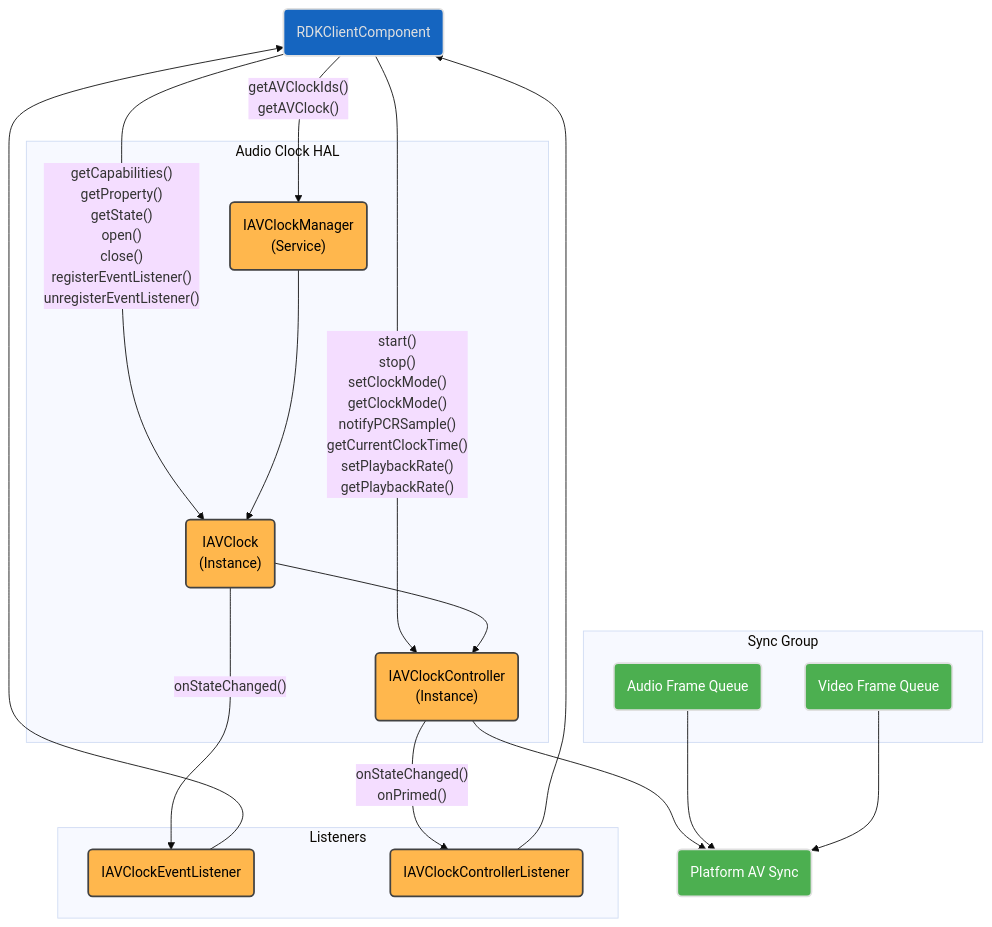
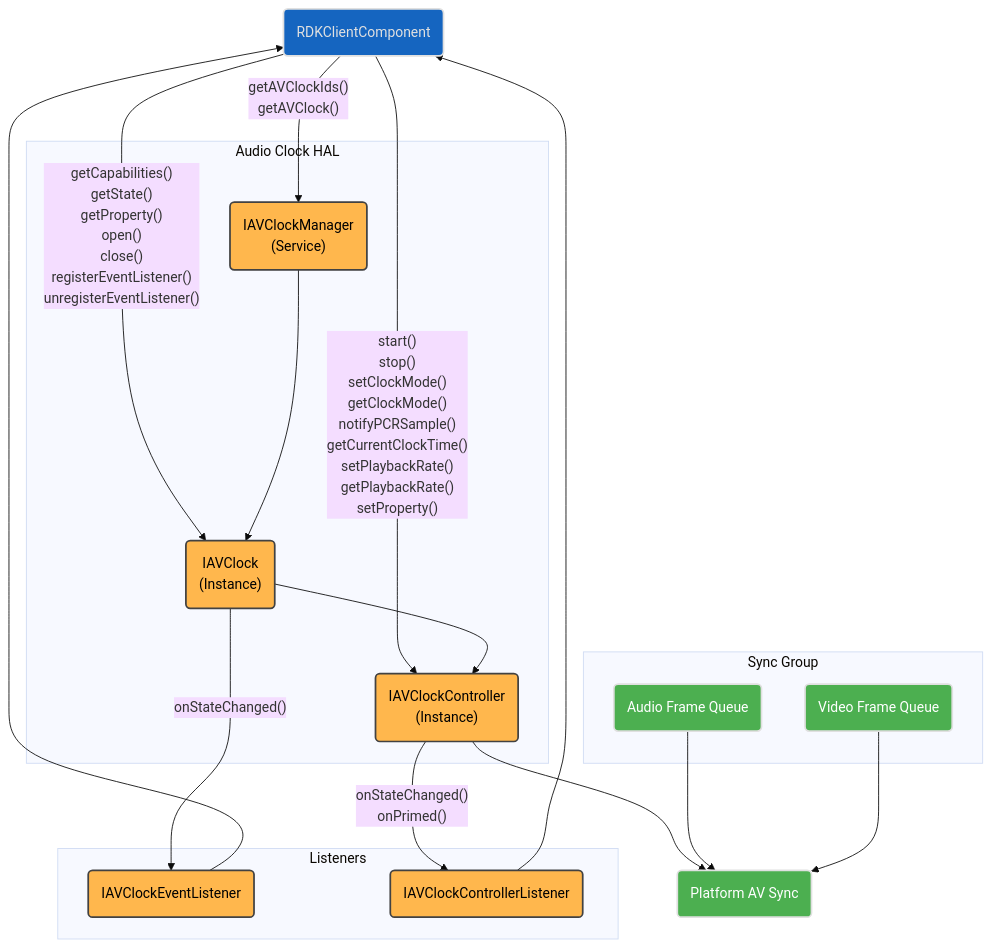
The first of 7 diagrams in avclock/current/docs/av_clock.md (rdkcentral/rdk-halif-aidl), drawn with Mermaid (base theme) before and after one commit. The commit also changed other lines of this file and 11 other files, not shown here.

First line of the commit message:
feat(avclock)!: move setProperty to IAVClockController (#503) (#524)

````diff
--- a/avclock/current/docs/av_clock.md
+++ b/avclock/current/docs/av_clock.md
@@ -104,47 +111,47 @@
 ```mermaid
 flowchart TD
     RDKClientComponent("RDKClientComponent")
     subgraph Listeners["Listeners"]
         IAVClockEventListener("IAVClockEventListener")
         IAVClockControllerListener("IAVClockControllerListener")
     end
     subgraph IAVClockHAL["Audio Clock HAL"]
         IAVClockManager("IAVClockManager <br>(Service)")
         IAVClock("IAVClock <br>(Instance)")
         IAVClockController("IAVClockController <br>(Instance)")
     end
     subgraph SyncGroup["Sync Group"]
         AudioFrameQueue("Audio Frame Queue")
         VideoFrameQueue("Video Frame Queue")
     end
       platformAVSync("Platform AV Sync")
     RDKClientComponent -- getAVClockIds() <br> getAVClock() --> IAVClockManager
-    RDKClientComponent -- getCapabilities() <br> getProperty() <br> getState() <br> open() <br> close() <br> registerEventListener() <br> unregisterEventListener() --> IAVClock
-    RDKClientComponent -- start() <br> stop() <br> setClockMode() <br> getClockMode() <br> notifyPCRSample() <br> getCurrentClockTime() <br> setPlaybackRate() <br> getPlaybackRate() --> IAVClockController
+    RDKClientComponent -- getCapabilities() <br> getState() <br> getProperty() <br> open() <br> close() <br> registerEventListener() <br> unregisterEventListener() --> IAVClock
+    RDKClientComponent -- start() <br> stop() <br> setClockMode() <br> getClockMode() <br> notifyPCRSample() <br> getCurrentClockTime() <br> setPlaybackRate() <br> getPlaybackRate() <br> setProperty() --> IAVClockController
     IAVClockManager --> IAVClock --> IAVClockController
     IAVClock -- onStateChanged() --> IAVClockEventListener
     IAVClockController -- onStateChanged() <br> onPrimed() --> IAVClockControllerListener
     IAVClockEventListener --> RDKClientComponent
     IAVClockControllerListener --> RDKClientComponent
     IAVClockController --> platformAVSync
     %% Sync Group
     AudioFrameQueue --> platformAVSync
     VideoFrameQueue --> platformAVSync
 
     classDef background fill:#121212,stroke:none,color:#E0E0E0;
     classDef blue fill:#1565C0,stroke:#E0E0E0,stroke-width:2px,color:#E0E0E0;
     classDef lightGrey fill:#616161,stroke:#E0E0E0,stroke-width:2px,color:#FFFFFF;
     classDef wheat fill:#FFB74D,stroke:#424242,stroke-width:2px,color:#000000;
     classDef green fill:#4CAF50,stroke:#E0E0E0,stroke-width:2px,color:#FFFFFF;
     classDef default fill:#1E1E1E,stroke:#E0E0E0,stroke-width:1px,color:#E0E0E0;
 
     RDKClientComponent:::blue
     IAVClockManager:::wheat
     IAVClockController:::wheat
     IAVClock:::wheat
     IAVClockControllerListener:::wheat
     IAVClockEventListener:::wheat
     platformAVSync:::green
     AudioFrameQueue:::green
     VideoFrameQueue:::green
 ```
````
